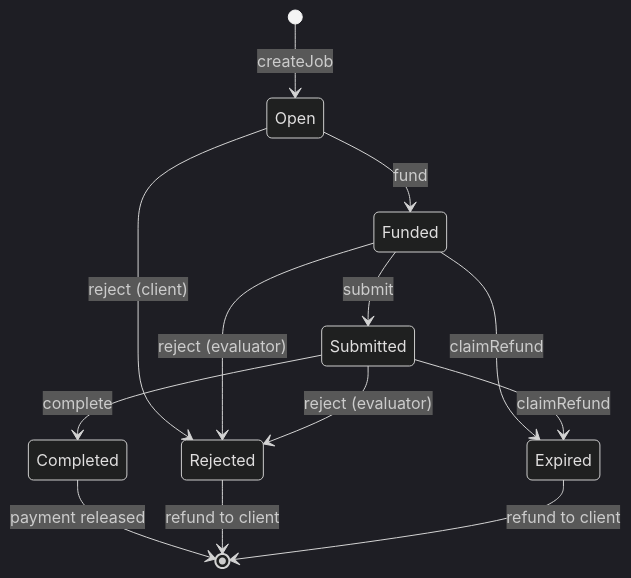
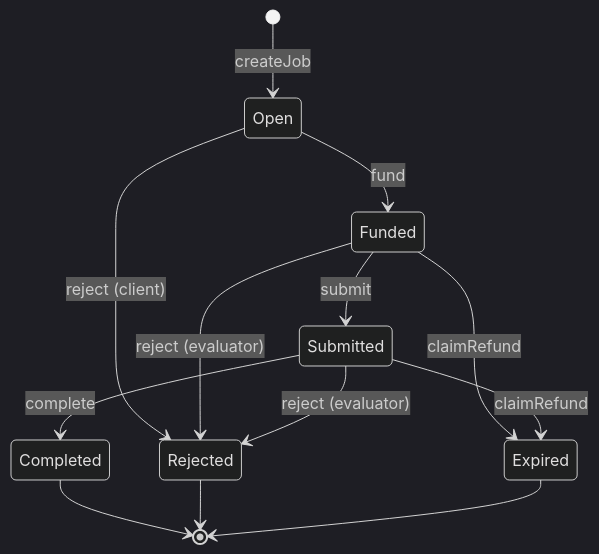
One commit to qntx/erc8183 changed the diagram in README.md. Above: the diagram before and after it, drawn with Mermaid (dark theme). The commit also changed other lines of this file, not shown here.

First line of the commit message:
docs(readme): restructure documentation with centered header, three-layer bindings architecture, and streamlined protocol reference

````diff
--- a/README.md
+++ b/README.md
@@ -128,15 +78,15 @@
 ```mermaid
 stateDiagram-v2
     [*] --> Open: createJob
     Open --> Funded: fund
     Open --> Rejected: reject (client)
     Funded --> Submitted: submit
     Funded --> Rejected: reject (evaluator)
     Funded --> Expired: claimRefund
     Submitted --> Completed: complete
     Submitted --> Rejected: reject (evaluator)
     Submitted --> Expired: claimRefund
-    Completed --> [*]: payment released
-    Rejected --> [*]: refund to client
-    Expired --> [*]: refund to client
+    Completed --> [*]
+    Rejected --> [*]
+    Expired --> [*]
 ```
````
